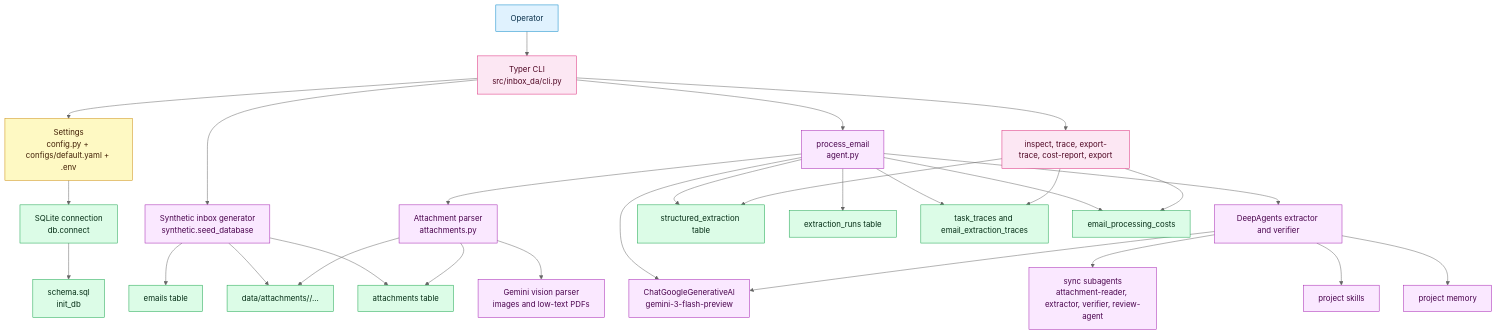
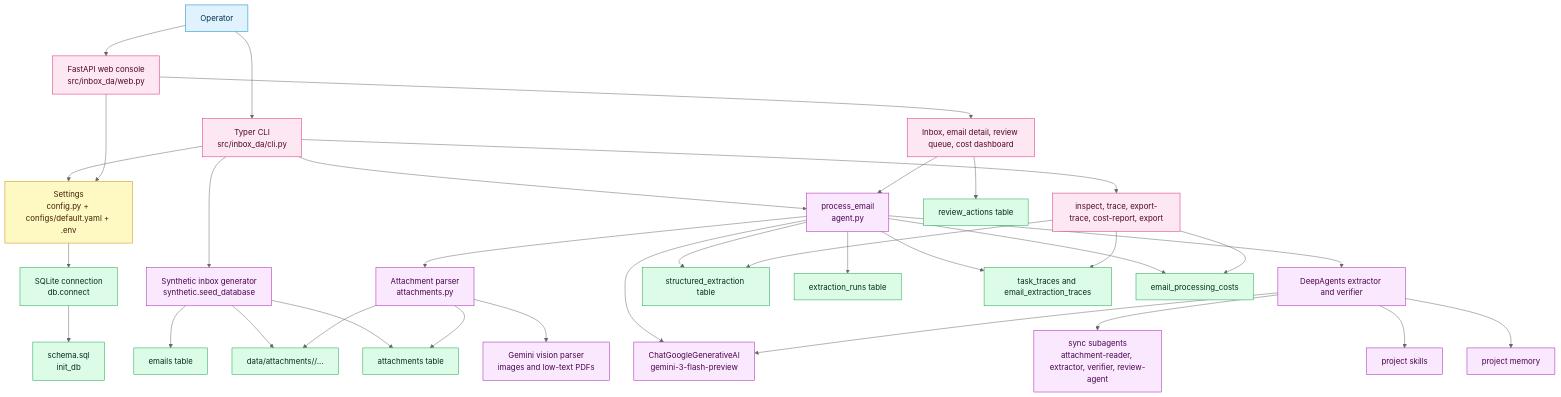
Before and after one commit to gustavorubim/inbox-da: the third of 13 diagrams in README.md, drawn with Mermaid (neutral theme). The commit also changed other lines of this file and 17 other files, not shown here.

First line of the commit message:
feat: Add web interface for inbox-da monitoring

````diff
--- a/README.md
+++ b/README.md
@@ -115,46 +122,51 @@
 ```mermaid
 flowchart TB
     user["Operator"] --> cli["Typer CLI<br/>src/inbox_da/cli.py"]
+    user --> webui["FastAPI web console<br/>src/inbox_da/web.py"]
     cli --> settings["Settings<br/>config.py + configs/default.yaml + .env"]
+    webui --> settings
     settings --> dbconn["SQLite connection<br/>db.connect"]
     dbconn --> schema["schema.sql<br/>init_db"]
 
     cli --> generator["Synthetic inbox generator<br/>synthetic.seed_database"]
     generator --> emails["emails table"]
     generator --> attachmentfiles["data/attachments/<email_id>/..."]
     generator --> attachmentsdb["attachments table"]
 
     cli --> workflow["process_email<br/>agent.py"]
     workflow --> attachmentparser["Attachment parser<br/>attachments.py"]
     attachmentparser --> attachmentfiles
     attachmentparser --> attachmentsdb
     attachmentparser --> vision["Gemini vision parser<br/>images and low-text PDFs"]
 
     workflow --> model["ChatGoogleGenerativeAI<br/>gemini-3-flash-preview"]
     workflow --> deepagents["DeepAgents extractor and verifier"]
     deepagents --> subagents["sync subagents<br/>attachment-reader, extractor, verifier, review-agent"]
     deepagents --> skills["project skills"]
     deepagents --> memory["project memory"]
     deepagents --> model
 
     workflow --> extraction["structured_extraction table"]
     workflow --> runs["extraction_runs table"]
     workflow --> traces["task_traces and email_extraction_traces"]
     workflow --> costs["email_processing_costs"]
 
     cli --> reports["inspect, trace, export-trace, cost-report, export"]
+    webui --> pages["Inbox, email detail, review queue, cost dashboard"]
+    pages --> reviewactions["review_actions table"]
+    pages --> workflow
     reports --> extraction
     reports --> traces
     reports --> costs
 
     classDef operator fill:#e0f2fe,stroke:#0284c7,color:#082f49
     classDef config fill:#fef9c3,stroke:#ca8a04,color:#422006
     classDef storage fill:#dcfce7,stroke:#16a34a,color:#052e16
     classDef agent fill:#fae8ff,stroke:#a21caf,color:#4a044e
     classDef report fill:#fce7f3,stroke:#db2777,color:#500724
     class user operator
-    class cli,reports report
+    class cli,reports,webui,pages report
     class settings config
-    class dbconn,schema,emails,attachmentsdb,attachmentfiles,extraction,runs,traces,costs storage
+    class dbconn,schema,emails,attachmentsdb,attachmentfiles,extraction,runs,traces,costs,reviewactions storage
     class workflow,attachmentparser,vision,model,deepagents,subagents,skills,memory,generator agent
 ```
````
